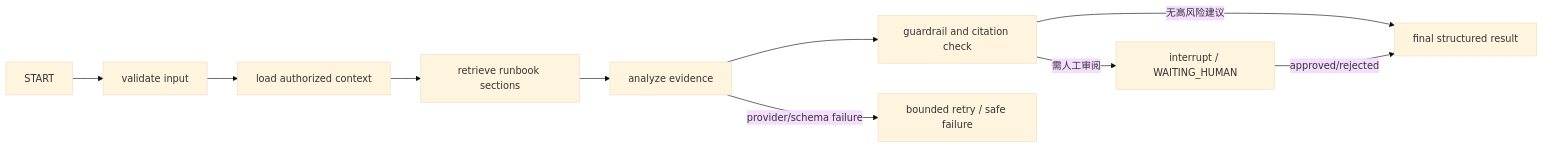
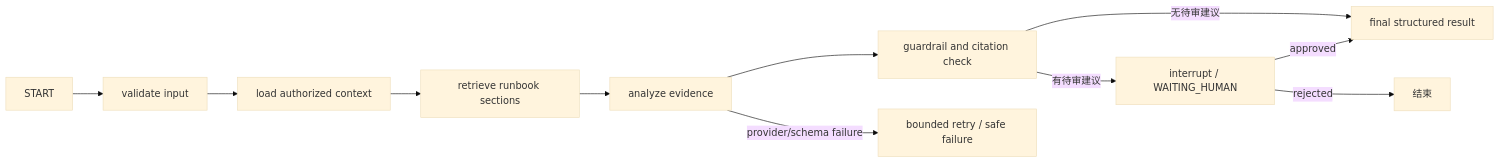
Before and after one commit to kevin-sanas/Dawnwatch: the diagram in docs/10-Agent设计与评测.md, drawn with Mermaid (base theme). The commit also changed other lines of this file and 15 other files, not shown here.

````diff
--- a/docs/10-Agent设计与评测.md
+++ b/docs/10-Agent设计与评测.md
@@ -11,12 +9,13 @@
 ```mermaid
 flowchart LR
   S[START] --> V[validate input]
   V --> C[load authorized context]
   C --> R[retrieve runbook sections]
   R --> A[analyze evidence]
   A --> G[guardrail and citation check]
-  G -->|无高风险建议| F[final structured result]
-  G -->|需人工审阅| H[interrupt / WAITING_HUMAN]
-  H -->|approved/rejected| F
+  G -->|无待审建议| F[final structured result]
+  G -->|有待审建议| H[interrupt / WAITING_HUMAN]
+  H -->|approved| F
+  H -->|rejected| E2[结束]
   A -->|provider/schema failure| E[bounded retry / safe failure]
 ```
````
